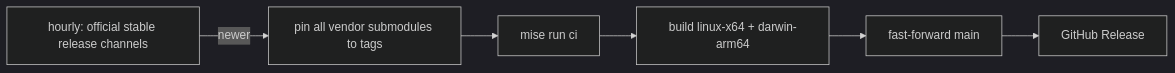
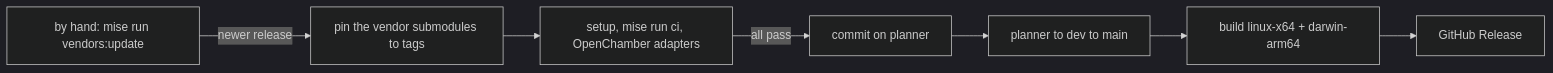
Before and after one commit to antropy-research/oc-forge: the diagram in README.md, drawn with Mermaid (dark theme). The commit also changed other lines of this file and 7 other files, not shown here.

First line of the commit message:
build: vendor pins move by hand with `mise run vendors:update`; no workflow moves them any more

````diff
--- a/README.md
+++ b/README.md
@@ -85,8 +85,9 @@
 ```mermaid
 flowchart LR
-  A[hourly: official stable release channels] -->|newer| B[pin all vendor submodules to tags]
-  B --> C[mise run ci]
-  C --> D[build linux-x64 + darwin-arm64]
-  D --> E[fast-forward main]
-  E --> F[GitHub Release]
+  A[by hand: mise run vendors:update] -->|newer release| B[pin the vendor submodules to tags]
+  B --> C[setup, mise run ci, OpenChamber adapters]
+  C -->|all pass| D[commit on planner]
+  D --> E[planner to dev to main]
+  E --> F[build linux-x64 + darwin-arm64]
+  F --> G[GitHub Release]
 ```
````
